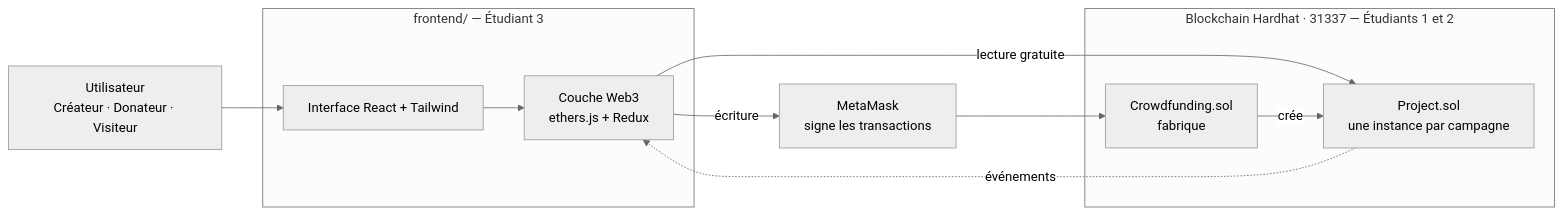
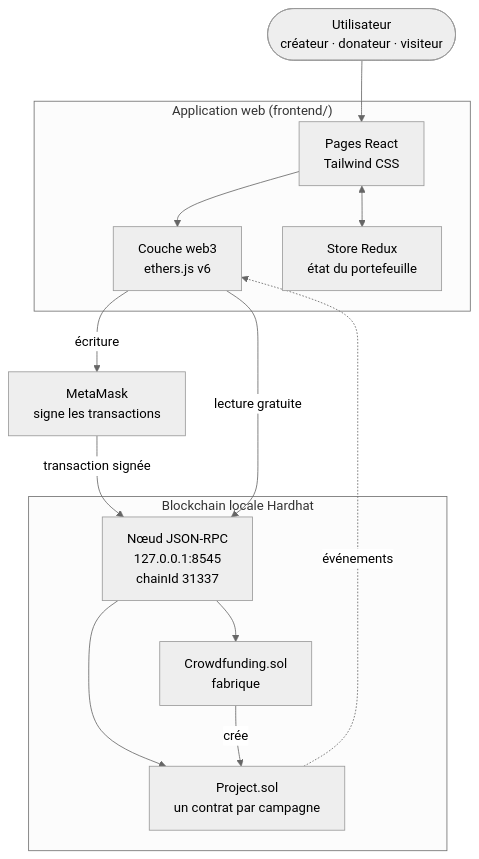
Before and after one commit to Chaksterr/Crowdfunding-blockchain: the first of 3 diagrams in README.md, drawn with Mermaid (neutral theme). The commit also changed other lines of this file and 1 other file, not shown here.

````diff
--- a/README.md
+++ b/README.md
@@ -106,18 +43,29 @@
 ```mermaid
-flowchart LR
-    U["Utilisateur<br/>Créateur · Donateur · Visiteur"]
-    subgraph FRONT["frontend/ — Étudiant 3"]
-        UI["Interface React + Tailwind"]
-        W3["Couche Web3<br/>ethers.js + Redux"]
+flowchart TB
+    U(["Utilisateur<br/>créateur · donateur · visiteur"])
+
+    subgraph WEB["Application web (frontend/)"]
+        UI["Pages React<br/>Tailwind CSS"]
+        W3["Couche web3<br/>ethers.js v6"]
+        ST["Store Redux<br/>état du portefeuille"]
     end
+
     MM["MetaMask<br/>signe les transactions"]
-    subgraph CHAIN["Blockchain Hardhat · 31337 — Étudiants 1 et 2"]
+
+    subgraph CHAIN["Blockchain locale Hardhat"]
+        RPC["Nœud JSON-RPC<br/>127.0.0.1:8545<br/>chainId 31337"]
         F["Crowdfunding.sol<br/>fabrique"]
-        P["Project.sol<br/>une instance par campagne"]
+        P["Project.sol<br/>un contrat par campagne"]
     end
-    U --> UI --> W3
-    W3 -- "écriture" --> MM --> F
-    W3 -- "lecture gratuite" --> P
+
+    U --> UI
+    UI --> W3
+    UI <--> ST
+    W3 -- "écriture" --> MM
+    MM -- "transaction signée" --> RPC
+    W3 -- "lecture gratuite" --> RPC
+    RPC --> F
+    RPC --> P
     F -- "crée" --> P
     P -. "événements" .-> W3
 ```
````
